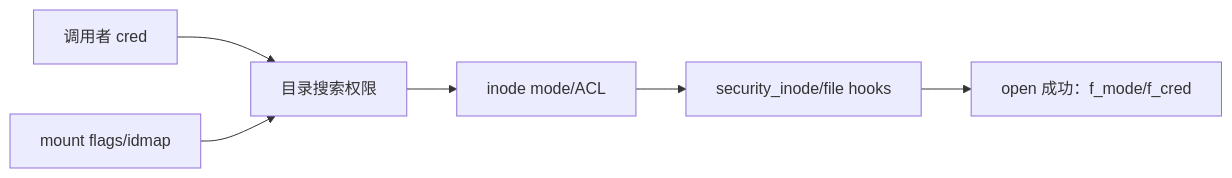
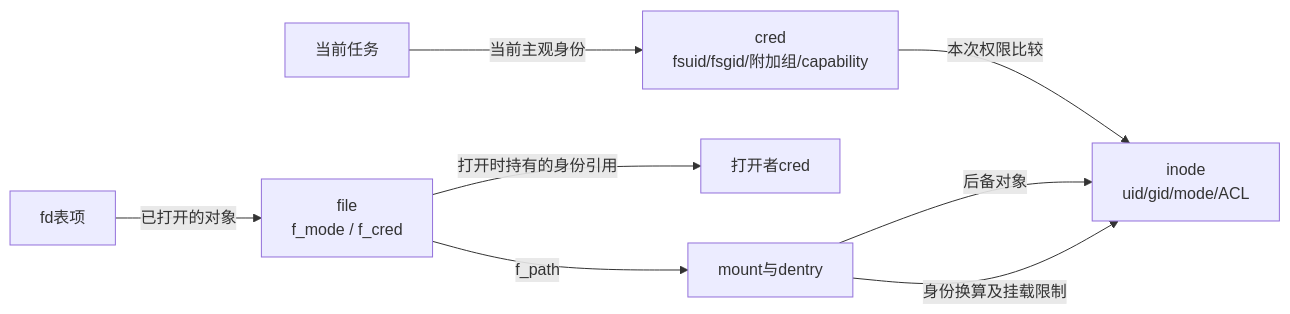
The first of 3 diagrams in knowledge/kernel_subsystems/vfs/P19_权限凭据与安全钩子.md (FormingSystem/linux_note), drawn with Mermaid before and after one commit. The commit also changed other lines of this file and 39 other files, not shown here.

````diff
--- a/knowledge/kernel_subsystems/vfs/P19_权限凭据与安全钩子.md
+++ b/knowledge/kernel_subsystems/vfs/P19_权限凭据与安全钩子.md
@@ -19,8 +39,10 @@
 ```mermaid
 flowchart LR
-    CRED["调用者 cred"] --> WALK["目录搜索权限"]
-    MNT["mount flags/idmap"] --> WALK
-    WALK --> INODE["inode mode/ACL"]
-    INODE --> LSM["security_inode/file hooks"]
-    LSM --> FILE["open 成功：f_mode/f_cred"]
+    T["当前任务"] -->|当前主观身份| C["cred<br/>fsuid/fsgid/附加组/capability"]
+    FD["fd表项"] -->|已打开的对象| F["file<br/>f_mode / f_cred"]
+    F -->|打开时持有的身份引用| O["打开者cred"]
+    F -->|f_path| P["mount与dentry"]
+    P -->|后备对象| I["inode<br/>uid/gid/mode/ACL"]
+    C -->|本次权限比较| I
+    P -->|身份换算及挂载限制| I
 ```
````
